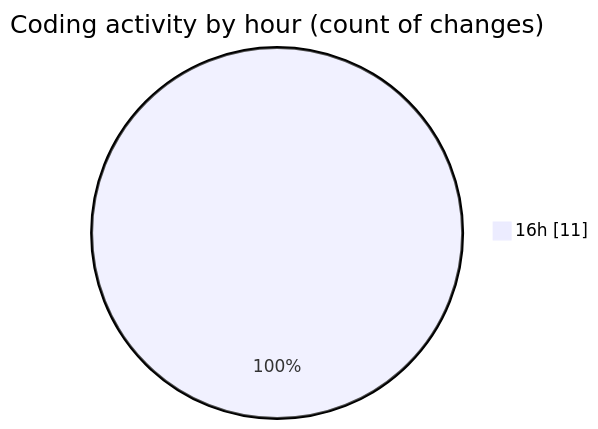
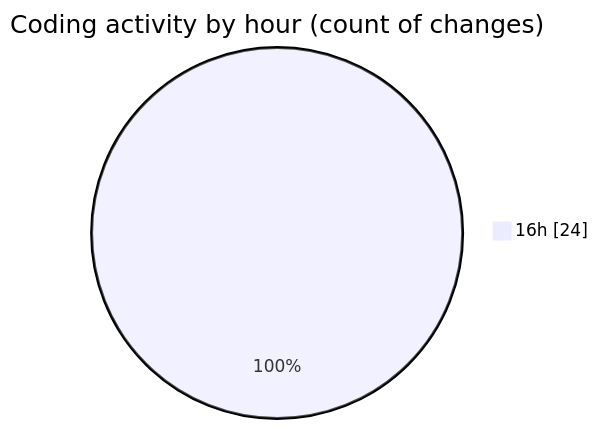
One commit to ernivani/code-tracking changed the second of 2 diagrams in repositories/2024-12-29/leetcode-solutions/README.md. Above: the diagram before and after it, drawn with Mermaid. The commit also changed other lines of this file and 1 other file, not shown here.

````diff
--- a/repositories/2024-12-29/leetcode-solutions/README.md
+++ b/repositories/2024-12-29/leetcode-solutions/README.md
@@ -30,5 +31,5 @@
 ```mermaid
 pie showData
 title Coding activity by hour (count of changes)
-"16h" : 11
+"16h" : 24
 ```
````
